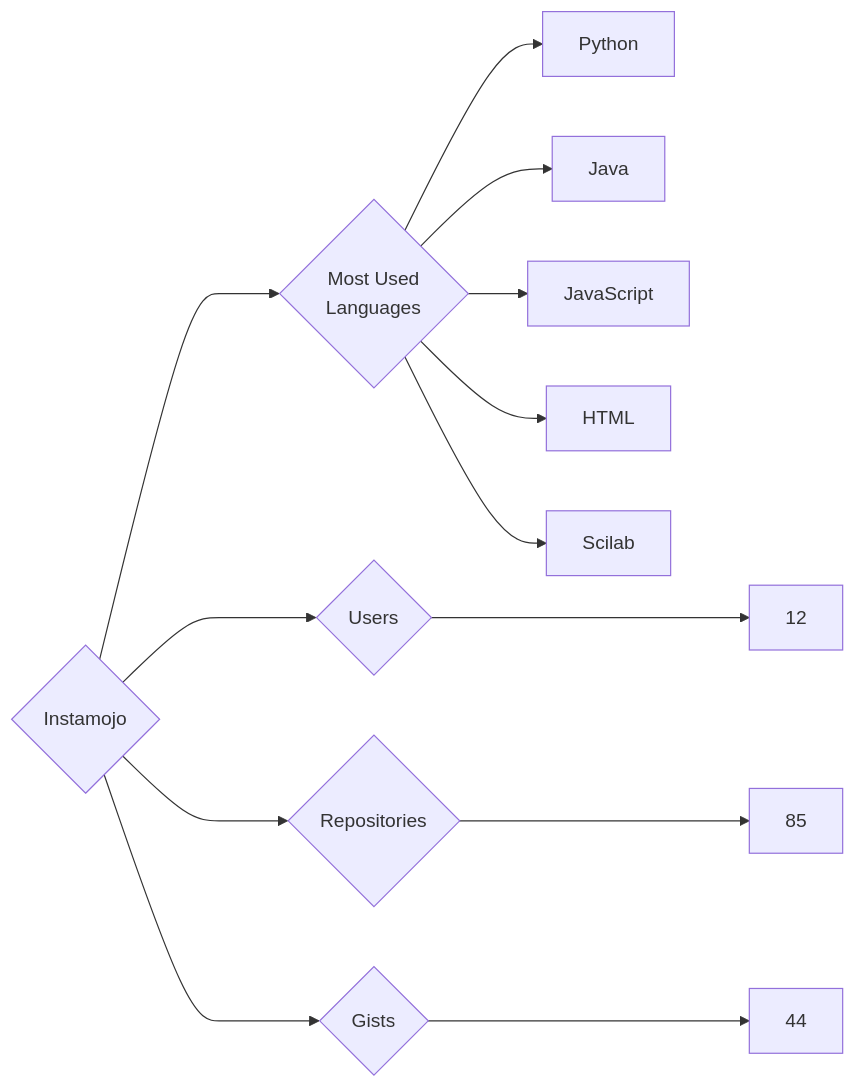
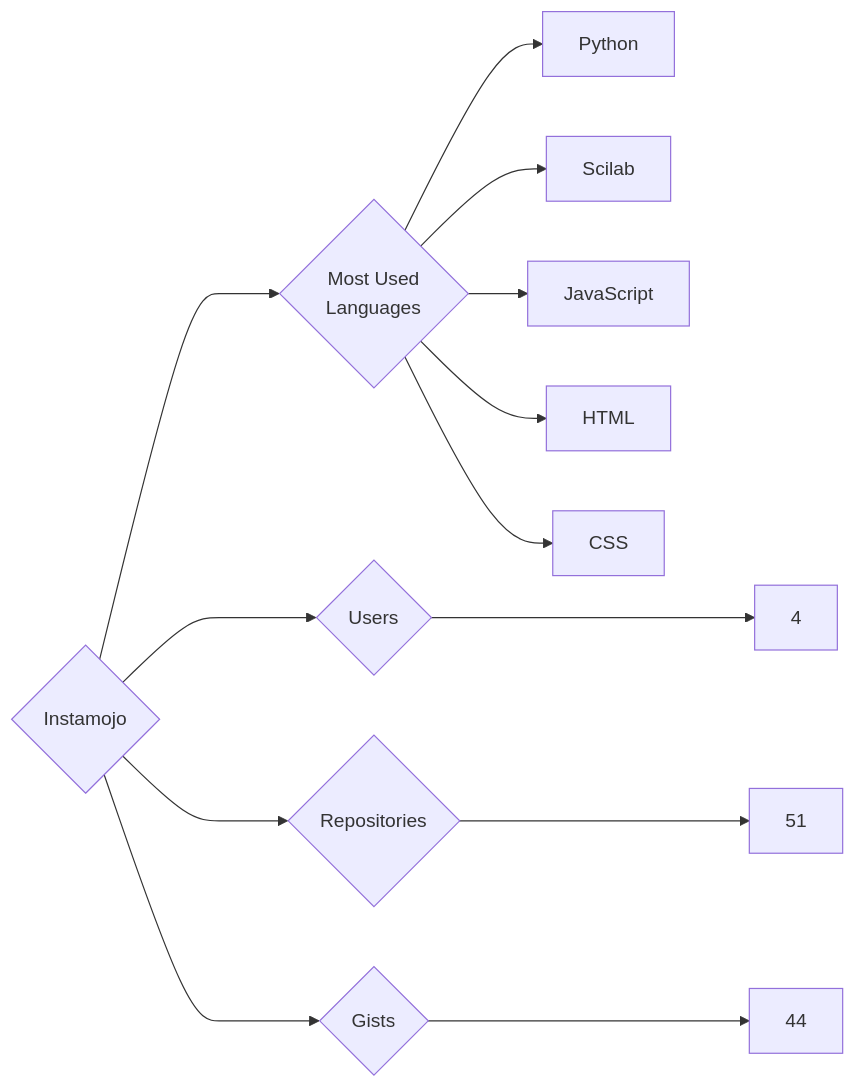
One commit to trickest/insiders changed the diagram in targets/Instamojo/README.md. Above: the diagram before and after it, drawn with Mermaid. The commit also changed 826 other files, not shown here.

````diff
--- a/targets/Instamojo/README.md
+++ b/targets/Instamojo/README.md
@@ -3,13 +3,13 @@
 ```mermaid
 graph LR
 COMPANY_NAME{Instamojo}
-COMPANY_NAME ---> U{Users} ---> UN[12]
-COMPANY_NAME ---> R{Repositories} ---> RN[85]
+COMPANY_NAME ---> U{Users} ---> UN[4]
+COMPANY_NAME ---> R{Repositories} ---> RN[51]
 COMPANY_NAME ---> G{Gists} ---> GN[44]
 COMPANY_NAME ---> ML{Most Used<br>Languages}
 ML --> Python[Python]
-ML --> Java[Java]
+ML --> Scilab[Scilab]
 ML --> JavaScript[JavaScript]
 ML --> HTML[HTML]
-ML --> Scilab[Scilab]
+ML --> CSS[CSS]
 ```
````
